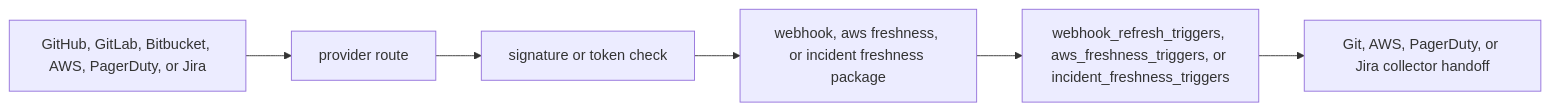
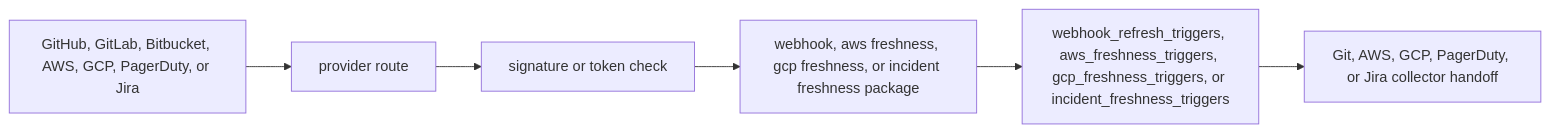
The diagram in go/cmd/webhook-listener/README.md (eshu-hq/eshu), drawn with Mermaid before and after one commit. The commit also changed other lines of this file and 25 other files, not shown here.

First line of the commit message:
feat(gcp-feed): Pub/Sub push normalizer + /webhook/gcp-freshness handler

````diff
--- a/go/cmd/webhook-listener/README.md
+++ b/go/cmd/webhook-listener/README.md
@@ -21,8 +21,8 @@
 ```mermaid
 flowchart LR
-  Provider["GitHub, GitLab, Bitbucket, AWS, PagerDuty, or Jira"] --> Handler["provider route"]
+  Provider["GitHub, GitLab, Bitbucket, AWS, GCP, PagerDuty, or Jira"] --> Handler["provider route"]
   Handler --> Verify["signature or token check"]
-  Verify --> Normalize["webhook, aws freshness, or incident freshness package"]
-  Normalize --> Store["webhook_refresh_triggers, aws_freshness_triggers, or incident_freshness_triggers"]
-  Store --> Collector["Git, AWS, PagerDuty, or Jira collector handoff"]
+  Verify --> Normalize["webhook, aws freshness, gcp freshness, or incident freshness package"]
+  Normalize --> Store["webhook_refresh_triggers, aws_freshness_triggers, gcp_freshness_triggers, or incident_freshness_triggers"]
+  Store --> Collector["Git, AWS, GCP, PagerDuty, or Jira collector handoff"]
 ```
````
